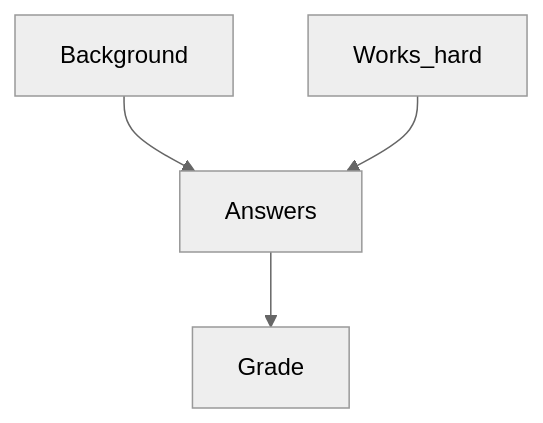
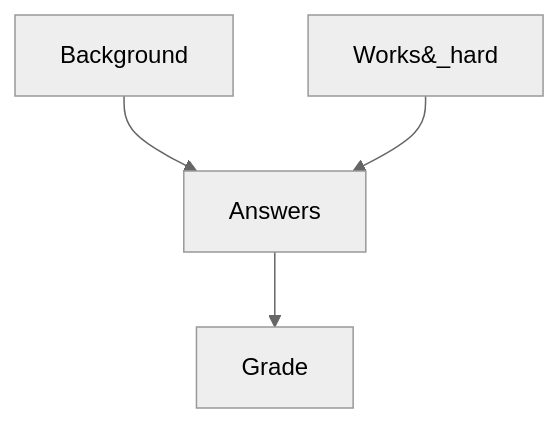
The third of 4 diagrams in docs/COMP111/Lectures/_posts/2020-12-02-1.md (bweston6/uol-cs-notes), drawn with Mermaid (neutral theme) before and after one commit. The commit also changed other lines of this file and 38 other files, not shown here.

````diff
--- a/docs/COMP111/Lectures/_posts/2020-12-02-1.md
+++ b/docs/COMP111/Lectures/_posts/2020-12-02-1.md
@@ -94,6 +94,6 @@
 ```mermaid
 graph TD
 Background --> Answers
-w[Works_hard] --> Answers
+w[Works&#95;hard] --> Answers
 Answers --> Grade
 ```
````
